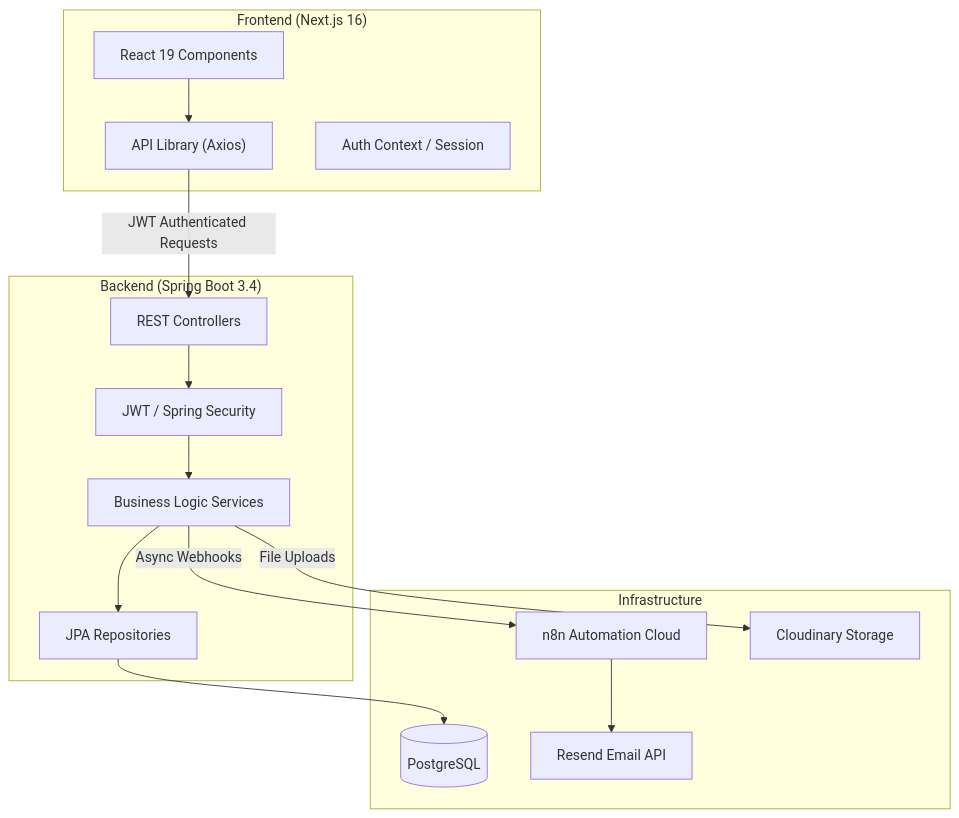
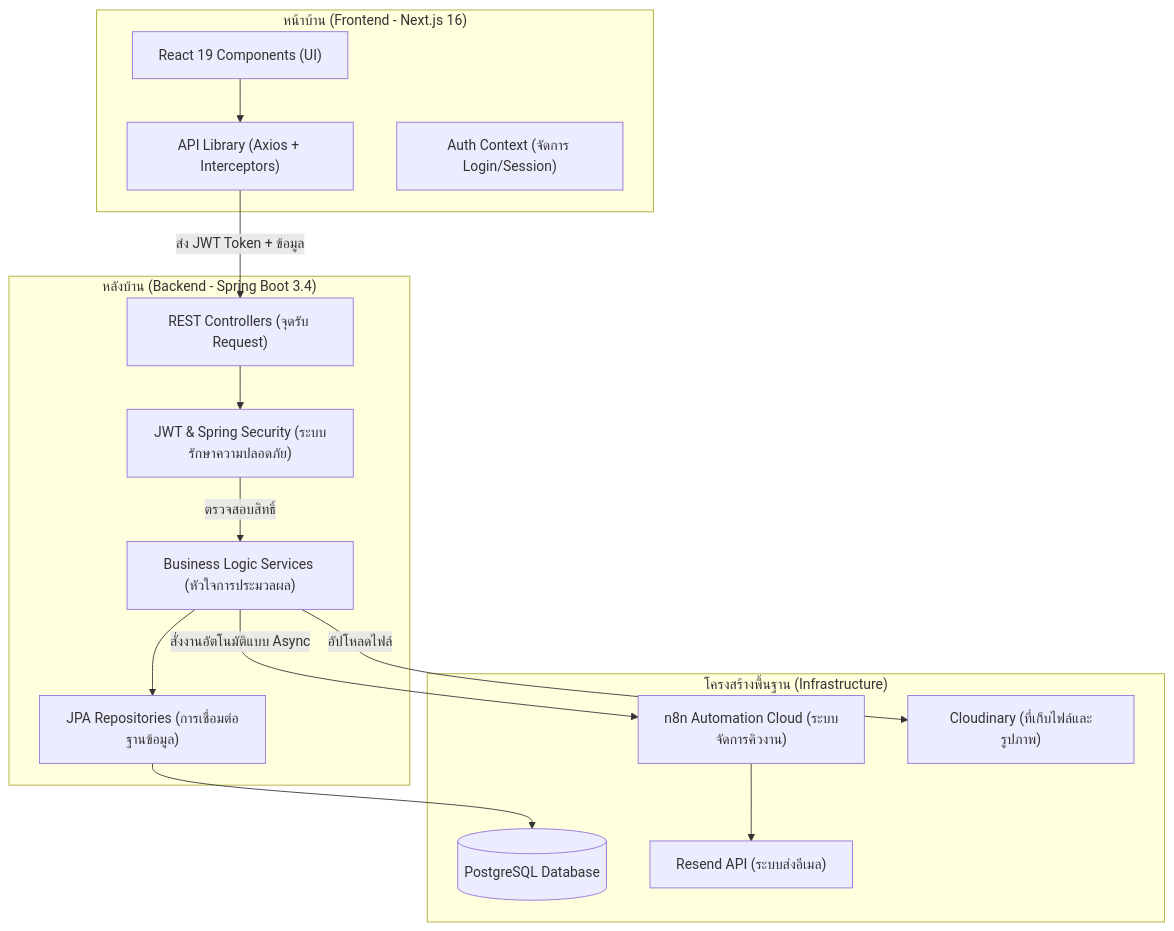
Before and after one commit to patzapaty13-crypto/UTCC-TP: the diagram in README.md, drawn with Mermaid. The commit also changed other lines of this file, not shown here.

Commit message:
docs: full rewrite of README.md in Thai with extreme detail for project architecture and structure

````diff
--- a/README.md
+++ b/README.md
@@ -12,32 +12,32 @@
 ```mermaid
 graph TD
-    subgraph "Frontend (Next.js 16)"
-        UI["React 19 Components"]
-        Lib["API Library (Axios)"]
-        Context["Auth Context / Session"]
+    subgraph "หน้าบ้าน (Frontend - Next.js 16)"
+        UI["React 19 Components (UI)"]
+        Lib["API Library (Axios + Interceptors)"]
+        Context["Auth Context (จัดการ Login/Session)"]
     end
 
-    subgraph "Backend (Spring Boot 3.4)"
-        API["REST Controllers"]
-        Security["JWT / Spring Security"]
-        Service["Business Logic Services"]
-        Repo["JPA Repositories"]
+    subgraph "หลังบ้าน (Backend - Spring Boot 3.4)"
+        API["REST Controllers (จุดรับ Request)"]
+        Security["JWT & Spring Security (ระบบรักษาความปลอดภัย)"]
+        Service["Business Logic Services (หัวใจการประมวลผล)"]
+        Repo["JPA Repositories (การเชื่อมต่อฐานข้อมูล)"]
     end
 
-    subgraph "Infrastructure"
-        DB[("PostgreSQL")]
-        n8n["n8n Automation Cloud"]
-        Cloud["Cloudinary Storage"]
-        Mail["Resend Email API"]
+    subgraph "โครงสร้างพื้นฐาน (Infrastructure)"
+        DB[("PostgreSQL Database")]
+        n8n["n8n Automation Cloud (ระบบจัดการคิวงาน)"]
+        Cloud["Cloudinary (ที่เก็บไฟล์และรูปภาพ)"]
+        Mail["Resend API (ระบบส่งอีเมล)"]
     end
 
     UI --> Lib
-    Lib -->|JWT Authenticated Requests| API
+    Lib -->|ส่ง JWT Token + ข้อมูล| API
     API --> Security
-    Security --> Service
+    Security -->|ตรวจสอบสิทธิ์| Service
     Service --> Repo
     Repo --> DB
-    Service -->|Async Webhooks| n8n
-    Service -->|File Uploads| Cloud
+    Service -->|สั่งงานอัตโนมัติแบบ Async| n8n
+    Service -->|อัปโหลดไฟล์| Cloud
     n8n --> Mail
 ```
````
